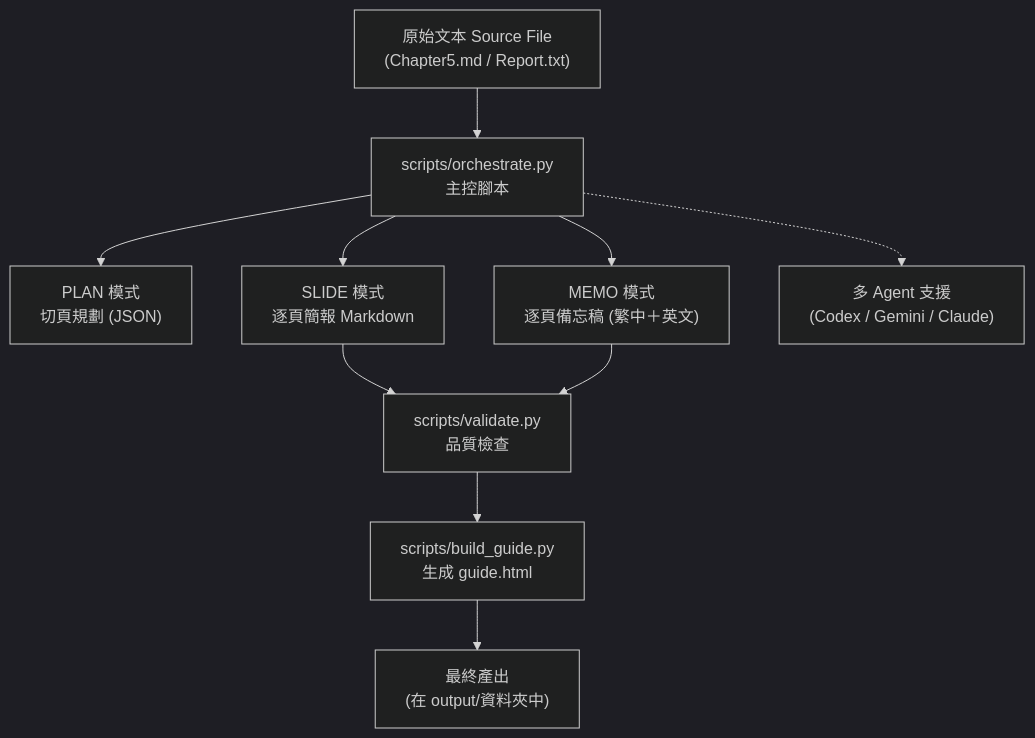
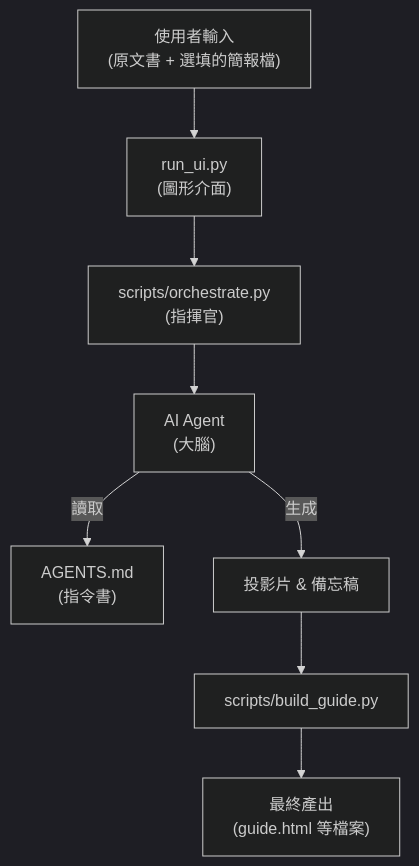
The diagram in README.md (Chiakai-Chang/PPTPlaner), drawn with Mermaid (dark theme) before and after one commit. The commit also changed other lines of this file and 3 other files, not shown here.

`````diff
--- a/README.md
+++ b/README.md
@@ -58,11 +96,10 @@
 ```mermaid
 flowchart TD
-    A["原始文本 Source File<br>(Chapter5.md / Report.txt)"] --> B["scripts/orchestrate.py<br>主控腳本"]
-    B --> C["PLAN 模式<br>切頁規劃 (JSON)"]
-    B --> D["SLIDE 模式<br>逐頁簡報 Markdown"]
-    B --> E["MEMO 模式<br>逐頁備忘稿 (繁中＋英文)"]
-    D & E --> F["scripts/validate.py<br>品質檢查"]
-    F --> G["scripts/build_guide.py<br>生成 guide.html"]
-    G --> H["最終產出<br>(在 output/資料夾中)"]
-    B -.-> I["多 Agent 支援<br>(Codex / Gemini / Claude)"]
-````
+    A["使用者輸入<br>(原文書 + 選填的簡報檔)"] --> B["run_ui.py<br>(圖形介面)"]
+    B --> C["scripts/orchestrate.py<br>(指揮官)"]
+    C --> D["AI Agent<br>(大腦)"]
+    D -- 讀取 --> E["AGENTS.md<br>(指令書)"]
+    D -- 生成 --> F["投影片 & 備忘稿"]
+    F --> G["scripts/build_guide.py"]
+    G --> H["最終產出<br>(guide.html 等檔案)"]
+```
`````
